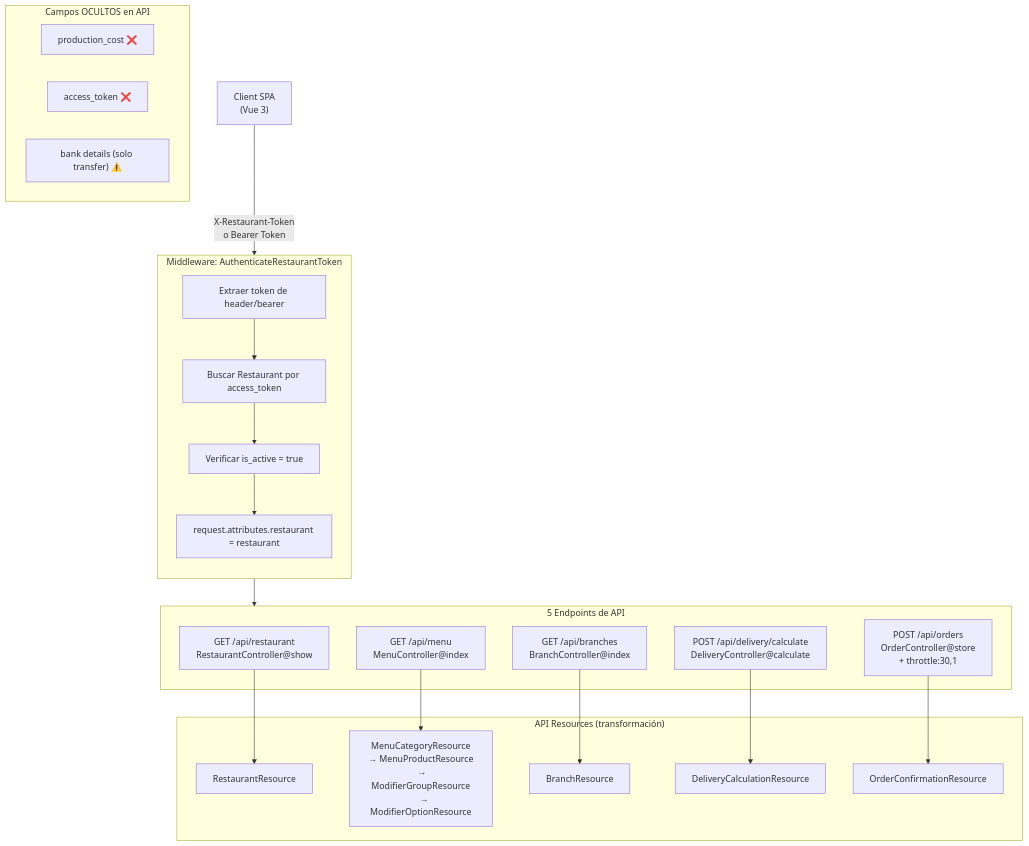
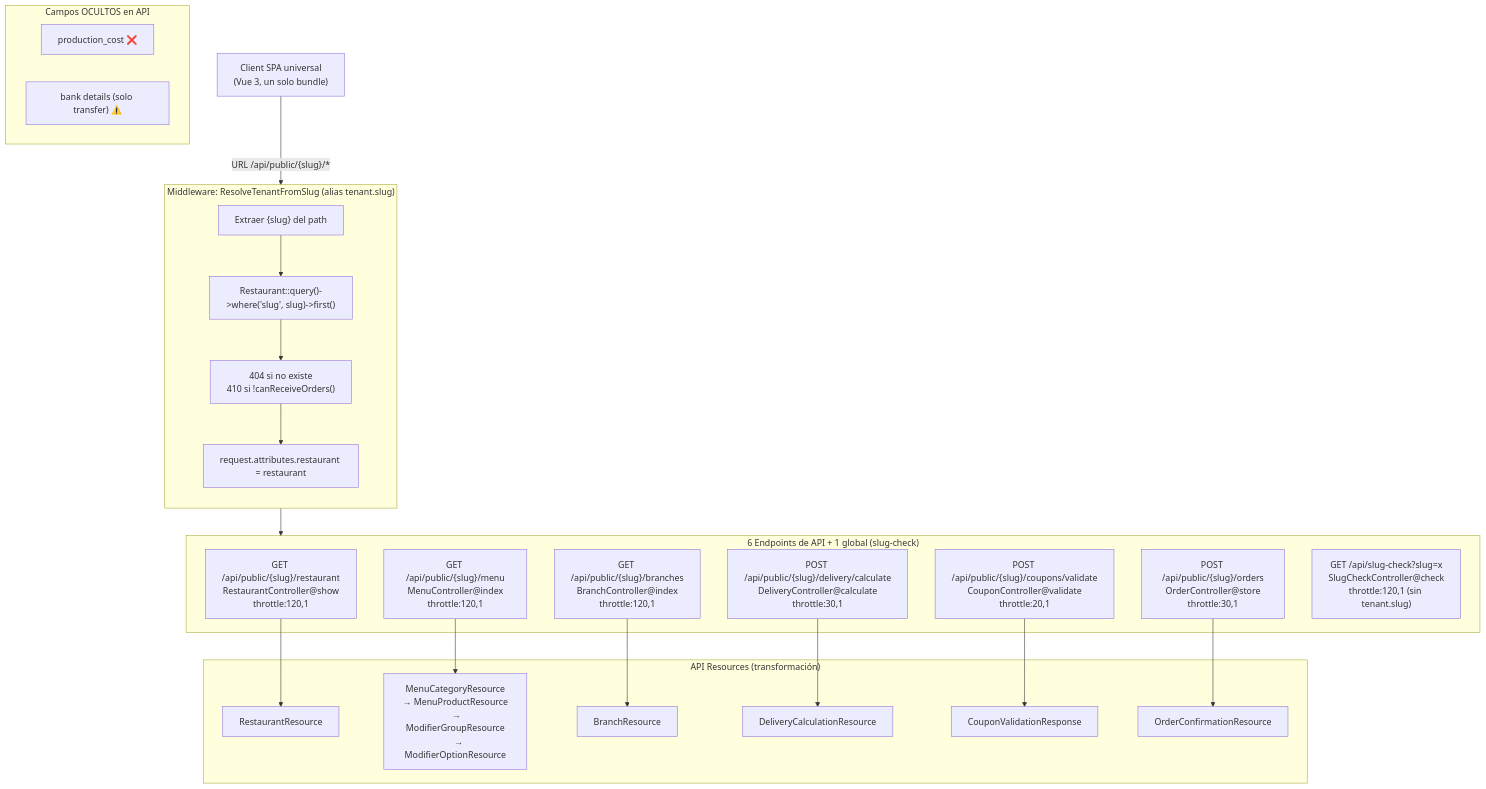
The fourth of 14 diagrams in docs/BACKEND_ARCHITECTURE_DIAGRAMS.md (apscreativas/pideaqui-back), drawn with Mermaid before and after one commit. The commit also changed other lines of this file and 84 other files, not shown here.

````diff
--- a/docs/BACKEND_ARCHITECTURE_DIAGRAMS.md
+++ b/docs/BACKEND_ARCHITECTURE_DIAGRAMS.md
@@ -378,43 +377,46 @@
 ```mermaid
 graph TD
-    CLIENT["Client SPA<br/>(Vue 3)"] -->|"X-Restaurant-Token<br/>o Bearer Token"| MW
+    CLIENT["Client SPA universal<br/>(Vue 3, un solo bundle)"] -->|"URL /api/public/{slug}/*"| MW
 
-    subgraph MW["Middleware: AuthenticateRestaurantToken"]
+    subgraph MW["Middleware: ResolveTenantFromSlug (alias tenant.slug)"]
         direction TB
-        CHECK["Extraer token de header/bearer"]
-        FIND["Buscar Restaurant por access_token"]
-        ACTIVE["Verificar is_active = true"]
+        EXTRACT["Extraer {slug} del path"]
+        FIND["Restaurant::query()->where('slug', slug)->first()"]
+        GUARDS["404 si no existe<br/>410 si !canReceiveOrders()"]
         SET["request.attributes.restaurant = restaurant"]
-        CHECK --> FIND --> ACTIVE --> SET
+        EXTRACT --> FIND --> GUARDS --> SET
     end
 
     MW --> ROUTES
 
-    subgraph ROUTES["5 Endpoints de API"]
-        R1["GET /api/restaurant<br/>RestaurantController@show"]
-        R2["GET /api/menu<br/>MenuController@index"]
-        R3["GET /api/branches<br/>BranchController@index"]
-        R4["POST /api/delivery/calculate<br/>DeliveryController@calculate"]
-        R5["POST /api/orders<br/>OrderController@store<br/>+ throttle:30,1"]
+    subgraph ROUTES["6 Endpoints de API + 1 global (slug-check)"]
+        R1["GET /api/public/{slug}/restaurant<br/>RestaurantController@show<br/>throttle:120,1"]
+        R2["GET /api/public/{slug}/menu<br/>MenuController@index<br/>throttle:120,1"]
+        R3["GET /api/public/{slug}/branches<br/>BranchController@index<br/>throttle:120,1"]
+        R4["POST /api/public/{slug}/delivery/calculate<br/>DeliveryController@calculate<br/>throttle:30,1"]
+        R5["POST /api/public/{slug}/coupons/validate<br/>CouponController@validate<br/>throttle:20,1"]
+        R6["POST /api/public/{slug}/orders<br/>OrderController@store<br/>throttle:30,1"]
+        R7["GET /api/slug-check?slug=x<br/>SlugCheckController@check<br/>throttle:120,1 (sin tenant.slug)"]
     end
 
     subgraph Resources["API Resources (transformación)"]
         RES1["RestaurantResource"]
         RES2["MenuCategoryResource<br/>→ MenuProductResource<br/>  → ModifierGroupResource<br/>    → ModifierOptionResource"]
         RES3["BranchResource"]
         RES4["DeliveryCalculationResource"]
-        RES5["OrderConfirmationResource"]
+        RES5["CouponValidationResponse"]
+        RES6["OrderConfirmationResource"]
     end
 
     R1 --> RES1
     R2 --> RES2
     R3 --> RES3
     R4 --> RES4
     R5 --> RES5
+    R6 --> RES6
 
     subgraph Hidden["Campos OCULTOS en API"]
         H1["production_cost ❌"]
-        H2["access_token ❌"]
         H3["bank details (solo transfer) ⚠️"]
     end
 ```
````
